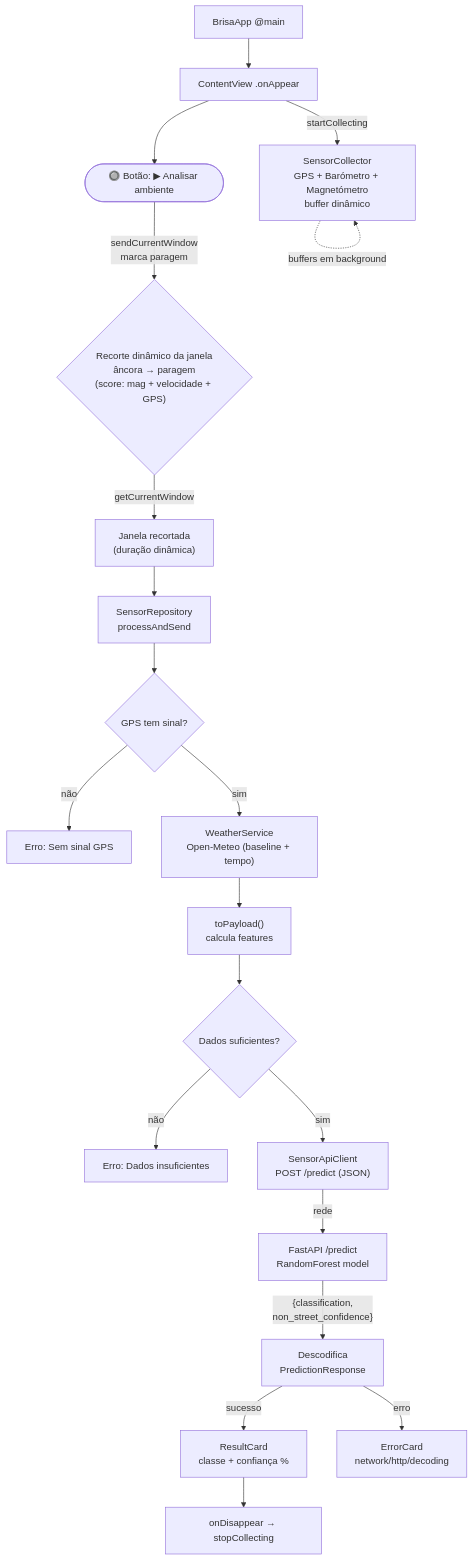
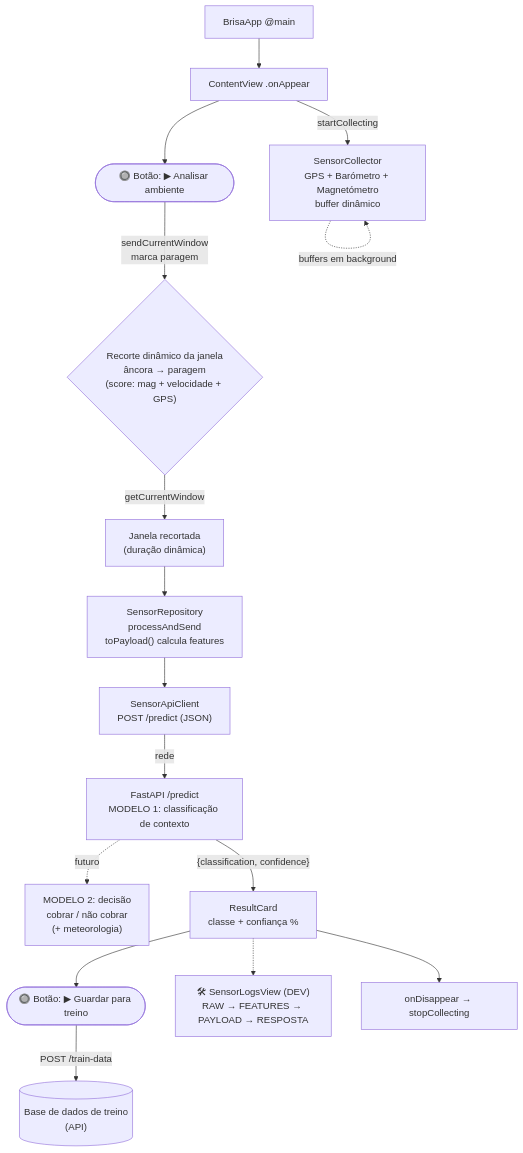
One commit to jose5556/Brisa_Hackathon changed the diagram in app/IOS/FLUXO.md. Above: the diagram before and after it, drawn with Mermaid. The commit also changed other lines of this file, not shown here.

````diff
--- a/app/IOS/FLUXO.md
+++ b/app/IOS/FLUXO.md
@@ -92,22 +107,18 @@
 ```mermaid
 flowchart TD
     A["BrisaApp @main"] --> B["ContentView .onAppear"]
     B -->|startCollecting| C["SensorCollector\nGPS + Barómetro + Magnetómetro\nbuffer dinâmico"]
     C -.->|buffers em background| C
     B --> BTN(["🔘 Botão: ▶ Analisar ambiente"])
     BTN -->|sendCurrentWindow\nmarca paragem| D{"Recorte dinâmico da janela\nâncora → paragem\n(score: mag + velocidade + GPS)"}
     D -->|getCurrentWindow| E["Janela recortada\n(duração dinâmica)"]
-    E --> F["SensorRepository\nprocessAndSend"]
-    F --> G{"GPS tem sinal?"}
-    G -->|não| ERR1["Erro: Sem sinal GPS"]
-    G -->|sim| H["WeatherService\nOpen-Meteo (baseline + tempo)"]
-    H --> I["toPayload()\ncalcula features"]
-    I --> J{"Dados suficientes?"}
-    J -->|não| ERR2["Erro: Dados insuficientes"]
-    J -->|sim| K["SensorApiClient\nPOST /predict (JSON)"]
-    K -->|rede| L["FastAPI /predict\nRandomForest model"]
-    L -->|"{classification,\nnon_street_confidence}"| M["Descodifica\nPredictionResponse"]
-    M -->|sucesso| N["ResultCard\nclasse + confiança %"]
-    M -->|erro| ERR3["ErrorCard\nnetwork/http/decoding"]
+    E --> F["SensorRepository\nprocessAndSend\ntoPayload() calcula features"]
+    F --> K["SensorApiClient\nPOST /predict (JSON)"]
+    K -->|rede| L["FastAPI /predict\nMODELO 1: classificação de contexto"]
+    L -. futuro .-> L2["MODELO 2: decisão\ncobrar / não cobrar\n(+ meteorologia)"]
+    L -->|"{classification, confidence}"| N["ResultCard\nclasse + confiança %"]
+    N --> SAVE(["🔘 Botão: ▶ Guardar para treino"])
+    SAVE -->|POST /train-data| DB[("Base de dados de treino\n(API)")]
+    N -.-> LOGS["🛠 SensorLogsView (DEV)\nRAW → FEATURES → PAYLOAD → RESPOSTA"]
     N --> O["onDisappear → stopCollecting"]
 ```
````
